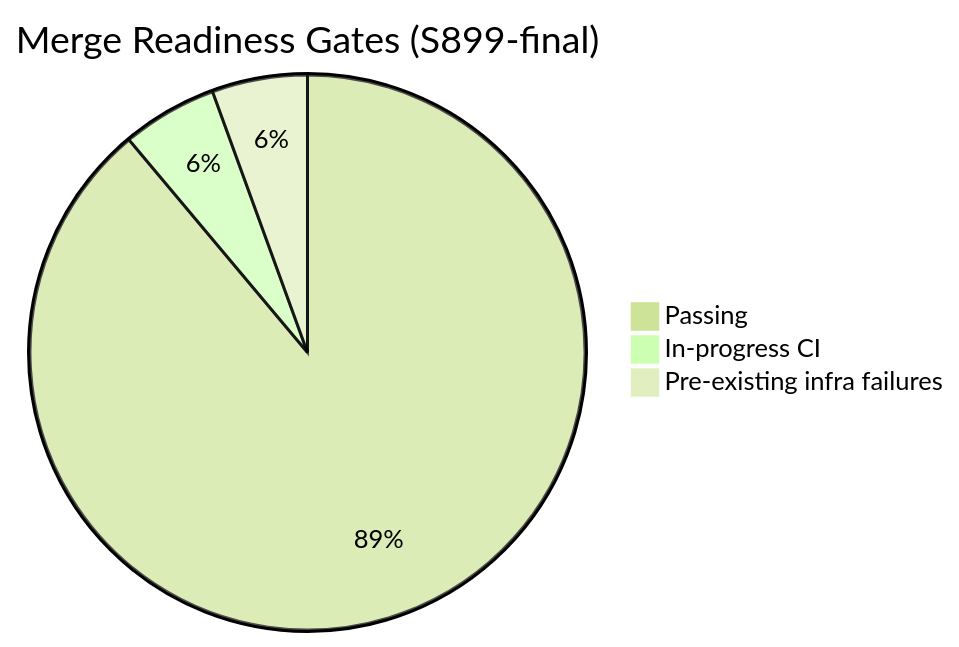
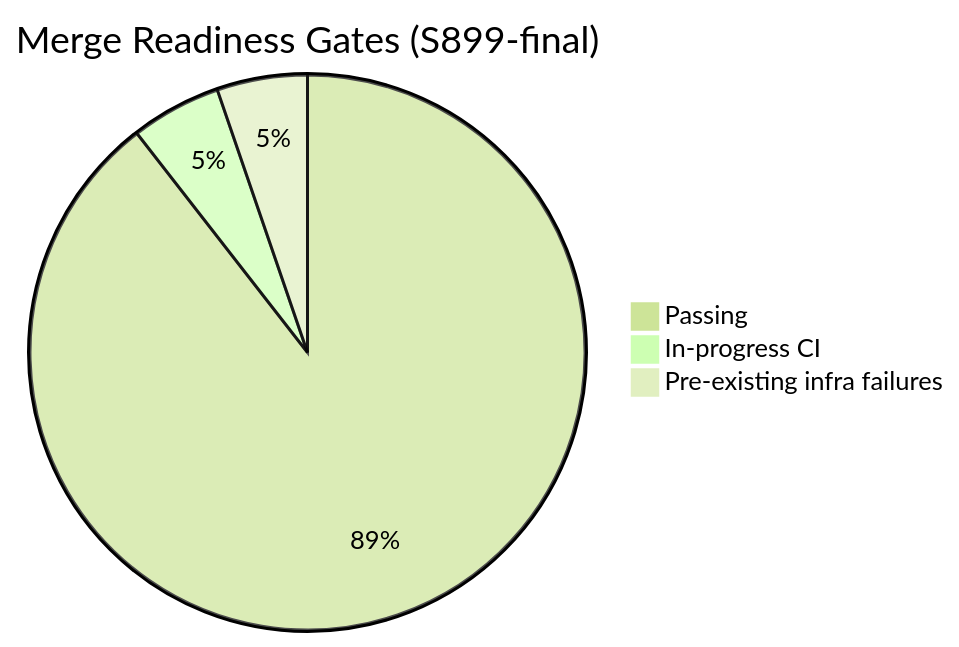
One commit to Aries-Serpent/_codex_ changed the first of 3 diagrams in docs/roadmap/PR4368_whats_next.md. Above: the diagram before and after it, drawn with Mermaid (forest theme). The commit also changed other lines of this file and 4 other files, not shown here.

````diff
--- a/docs/roadmap/PR4368_whats_next.md
+++ b/docs/roadmap/PR4368_whats_next.md
@@ -13,6 +13,6 @@
 ```mermaid
 pie title Merge Readiness Gates (S899-final)
-    "Passing" : 16
+    "Passing" : 17
     "In-progress CI" : 1
     "Pre-existing infra failures" : 1
 ```
````
